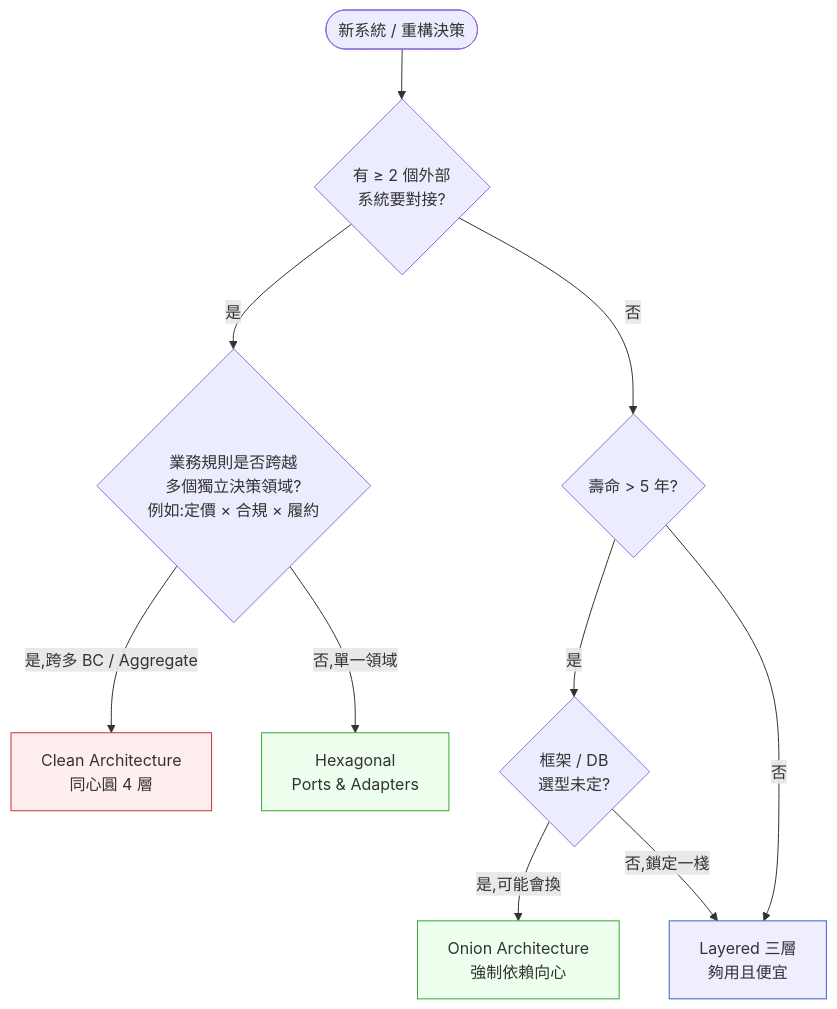
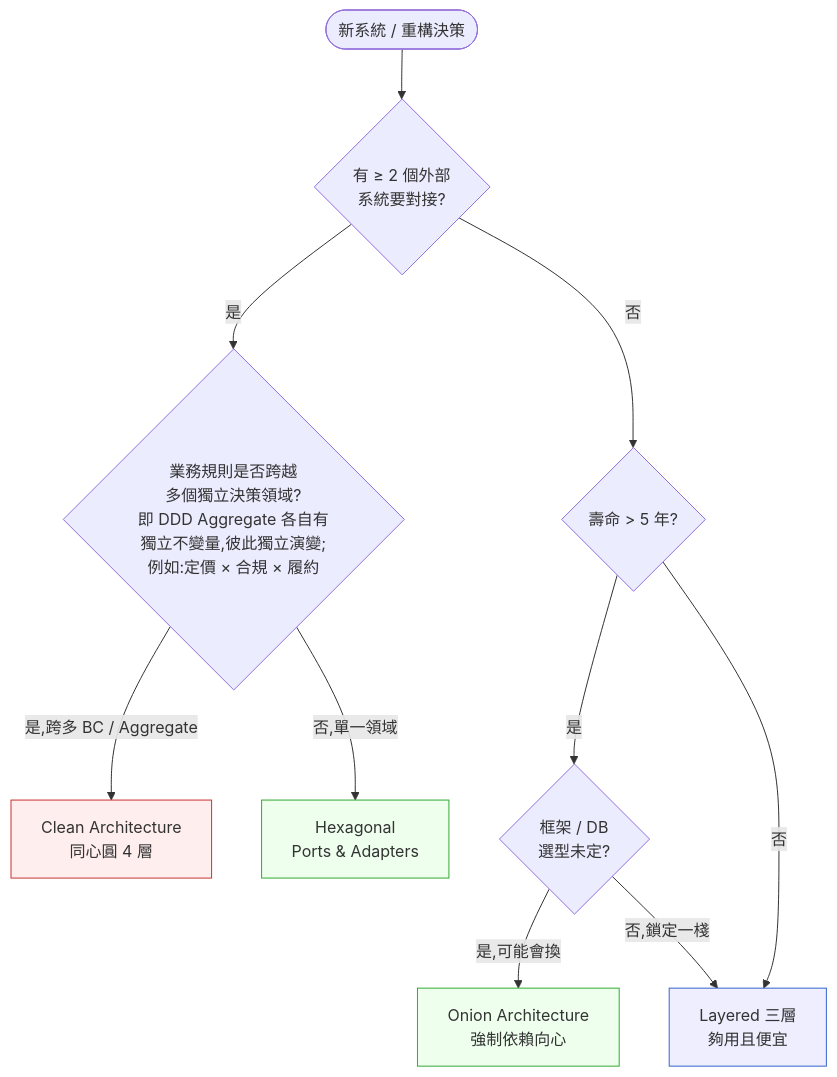
One commit to EddyKuo/sa-sd-playbook changed the second of 3 diagrams in book/part-03-design/ch-13-architecture-styles.md. Above: the diagram before and after it, drawn with Mermaid. The commit also changed other lines of this file and 53 other files, not shown here.

````diff
--- a/book/part-03-design/ch-13-architecture-styles.md
+++ b/book/part-03-design/ch-13-architecture-styles.md
@@ -153,22 +153,22 @@
 ```mermaid
 flowchart TD
     Start([新系統 / 重構決策]) --> Q1{有 ≥ 2 個外部<br/>系統要對接?}
-    Q1 -->|是| Q2{業務規則是否跨越<br/>多個獨立決策領域?<br/>例如:定價 × 合規 × 履約}
+    Q1 -->|是| Q2{業務規則是否跨越<br/>多個獨立決策領域?<br/>即 DDD Aggregate 各自有<br/>獨立不變量,彼此獨立演變;<br/>例如:定價 × 合規 × 履約}
     Q1 -->|否| Q3{壽命 > 5 年?}
 
     Q2 -->|是,跨多 BC / Aggregate| Clean[Clean Architecture<br/>同心圓 4 層]
     Q2 -->|否,單一領域| Hex[Hexagonal<br/>Ports & Adapters]
 
     Q3 -->|是| Q4{框架 / DB<br/>選型未定?}
     Q3 -->|否| Layer[Layered 三層<br/>夠用且便宜]
 
     Q4 -->|是,可能會換| Onion[Onion Architecture<br/>強制依賴向心]
     Q4 -->|否,鎖定一棧| Layer
 
     classDef hot fill:#fee,stroke:#c33
     classDef cold fill:#eef,stroke:#36c
     classDef goal fill:#efe,stroke:#3a3
     class Clean hot
     class Hex,Onion goal
     class Layer cold
 ```
````
